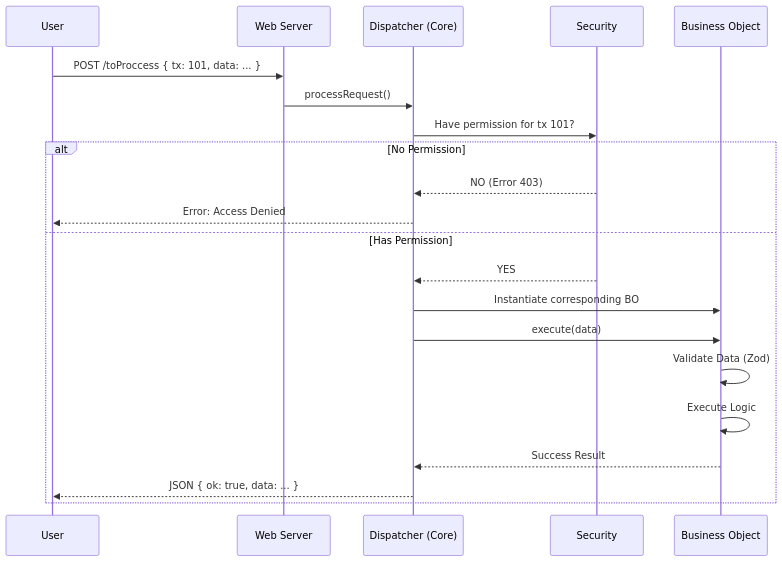
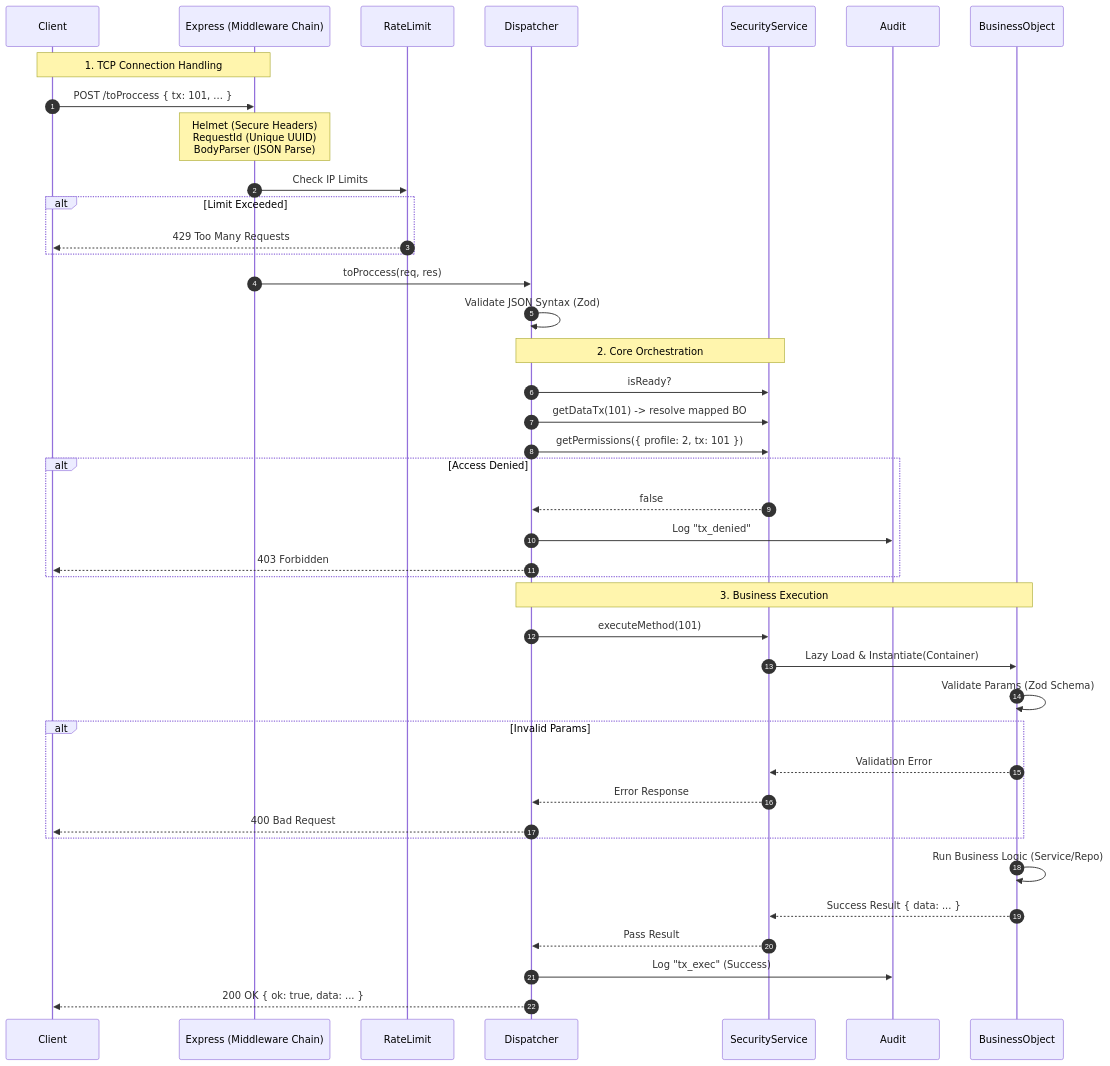
One commit to EliabParra/toproc changed the diagram in docs/02-Architecture/TRANSACTION_FLOW.en.md. Above: the diagram before and after it, drawn with Mermaid. The commit also changed other lines of this file and 361 other files, not shown here.

````diff
--- a/docs/02-Architecture/TRANSACTION_FLOW.en.md
+++ b/docs/02-Architecture/TRANSACTION_FLOW.en.md
@@ -7,28 +7,55 @@
 ```mermaid
 sequenceDiagram
-    participant User as User
-    participant Express as Web Server
-    participant Dispatcher as Dispatcher (Core)
-    participant Security as Security
-    participant BO as Business Object
+    autonumber
+    participant Client
+    participant Express as Express (Middleware Chain)
+    participant RateLimit
+    participant Dispatcher
+    participant Security as SecurityService
+    participant Audit
+    participant BO as BusinessObject
 
-    User->>Express: POST /toProccess { tx: 101, data: ... }
-    Express->>Dispatcher: processRequest()
+    Note over Client,Express: 1. TCP Connection Handling
+    Client->>Express: POST /toProccess { tx: 101, ... }
 
-    Dispatcher->>Security: Have permission for tx 101?
+    Note over Express: Helmet (Secure Headers)<br>RequestId (Unique UUID)<br>BodyParser (JSON Parse)
 
-    alt No Permission
-        Security-->>Dispatcher: NO (Error 403)
-        Dispatcher-->>User: Error: Access Denied
-    else Has Permission
-        Security-->>Dispatcher: YES
-        Dispatcher->>BO: Instantiate corresponding BO
-        Dispatcher->>BO: execute(data)
+    Express->>RateLimit: Check IP Limits
+    alt Limit Exceeded
+        RateLimit-->>Client: 429 Too Many Requests
+    end
 
-        BO->>BO: Validate Data (Zod)
-        BO->>BO: Execute Logic
+    Express->>Dispatcher: toProccess(req, res)
 
-        BO-->>Dispatcher: Success Result
-        Dispatcher-->>User: JSON { ok: true, data: ... }
+    Dispatcher->>Dispatcher: Validate JSON Syntax (Zod)
+
+    Note over Dispatcher,Security: 2. Core Orchestration
+    Dispatcher->>Security: isReady?
+    Dispatcher->>Security: getDataTx(101) -> resolve mapped BO
+
+    Dispatcher->>Security: getPermissions({ profile: 2, tx: 101 })
+    alt Access Denied
+        Security-->>Dispatcher: false
+        Dispatcher->>Audit: Log "tx_denied"
+        Dispatcher-->>Client: 403 Forbidden
     end
+
+    Note over Dispatcher,BO: 3. Business Execution
+    Dispatcher->>Security: executeMethod(101)
+    Security->>BO: Lazy Load & Instantiate(Container)
+
+    BO->>BO: Validate Params (Zod Schema)
+    alt Invalid Params
+        BO-->>Security: Validation Error
+        Security-->>Dispatcher: Error Response
+        Dispatcher-->>Client: 400 Bad Request
+    end
+
+    BO->>BO: Run Business Logic (Service/Repo)
+
+    BO-->>Security: Success Result { data: ... }
+    Security-->>Dispatcher: Pass Result
+
+    Dispatcher->>Audit: Log "tx_exec" (Success)
+    Dispatcher-->>Client: 200 OK { ok: true, data: ... }
 ```
````
